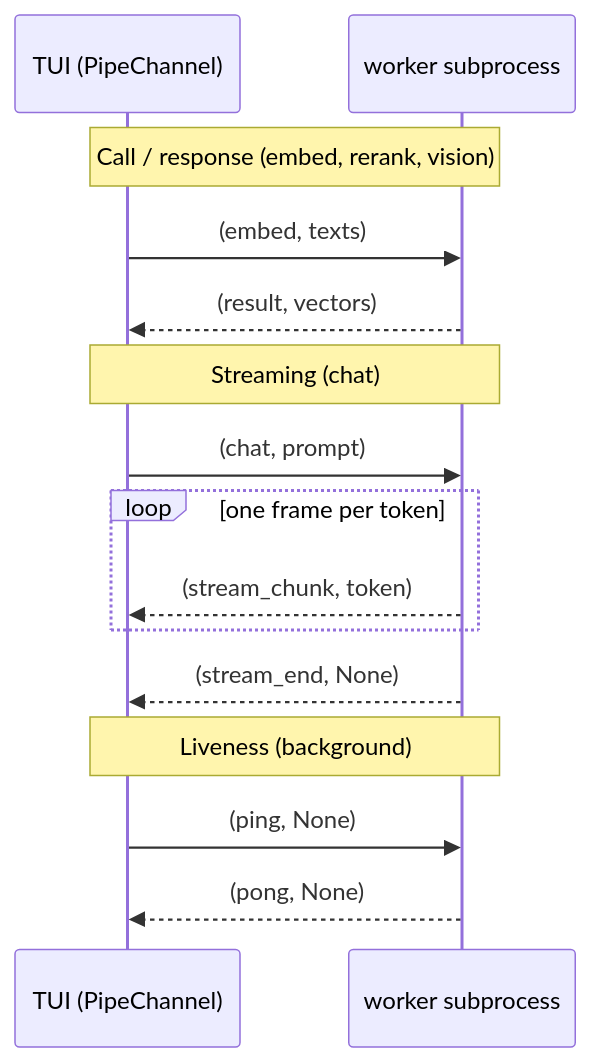
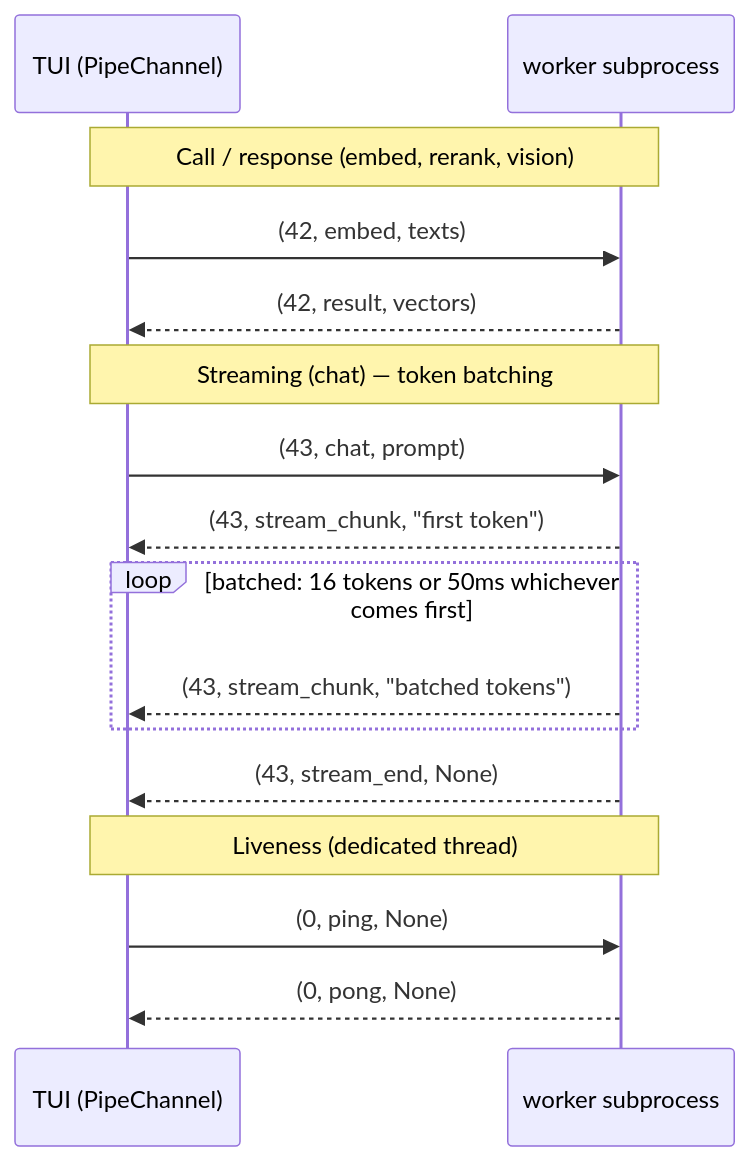
The fourth of 5 diagrams in docs/architecture.md (tobocop2/lilbee), drawn with Mermaid before and after one commit. The commit also changed other lines of this file, not shown here.

Commit message:
Document per-call frame scoping, dedicated heartbeat thread, and token batching in architecture.md

````diff
--- a/docs/architecture.md
+++ b/docs/architecture.md
@@ -163,20 +165,21 @@
 ```mermaid
 sequenceDiagram
     participant Parent as TUI (PipeChannel)
     participant Worker as worker subprocess
 
     Note over Parent,Worker: Call / response (embed, rerank, vision)
-    Parent->>Worker: (embed, texts)
-    Worker-->>Parent: (result, vectors)
+    Parent->>Worker: (42, embed, texts)
+    Worker-->>Parent: (42, result, vectors)
 
-    Note over Parent,Worker: Streaming (chat)
-    Parent->>Worker: (chat, prompt)
-    loop one frame per token
-        Worker-->>Parent: (stream_chunk, token)
+    Note over Parent,Worker: Streaming (chat) — token batching
+    Parent->>Worker: (43, chat, prompt)
+    Worker-->>Parent: (43, stream_chunk, "first token")
+    loop batched: 16 tokens or 50ms whichever comes first
+        Worker-->>Parent: (43, stream_chunk, "batched tokens")
     end
-    Worker-->>Parent: (stream_end, None)
+    Worker-->>Parent: (43, stream_end, None)
 
-    Note over Parent,Worker: Liveness (background)
-    Parent->>Worker: (ping, None)
-    Worker-->>Parent: (pong, None)
+    Note over Parent,Worker: Liveness (dedicated thread)
+    Parent->>Worker: (0, ping, None)
+    Worker-->>Parent: (0, pong, None)
 ```
````
